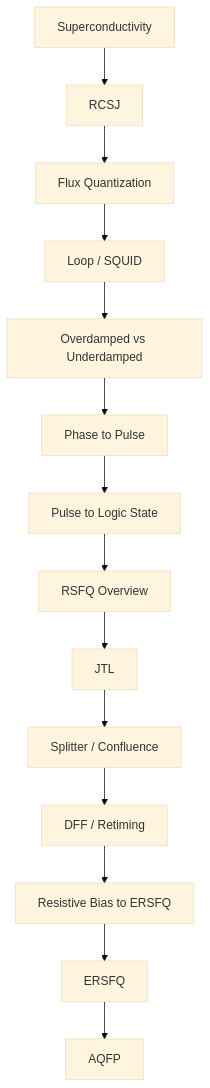
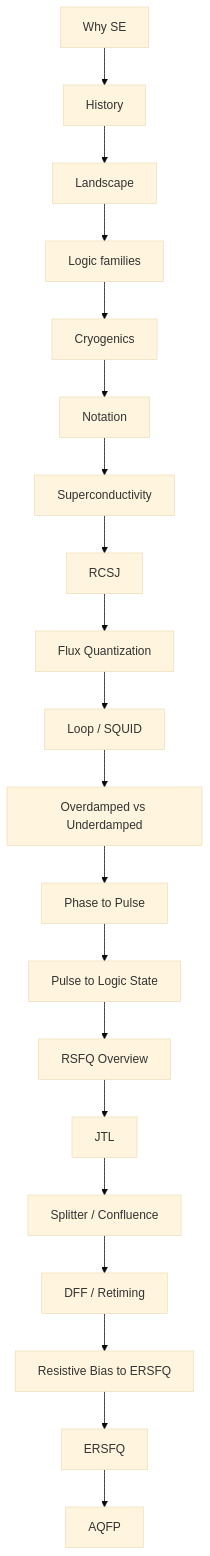
The diagram in docs/tracks/sfq-logic-primitives/ROADMAP.md (Single-Flux-Quantum/sfq-learn-public), drawn with Mermaid (base theme) before and after one commit. The commit also changed other lines of this file and 10 other files, not shown here.

````diff
--- a/docs/tracks/sfq-logic-primitives/ROADMAP.md
+++ b/docs/tracks/sfq-logic-primitives/ROADMAP.md
@@ -10,16 +10,22 @@
 ```mermaid
 graph TD
-    F0[Superconductivity] --> F1[RCSJ]
+    O1[Why SE] --> O2[History]
+    O2 --> O3[Landscape]
+    O3 --> O4[Logic families]
+    O4 --> O5[Cryogenics]
+    O5 --> N0[Notation]
+    N0 --> F0[Superconductivity]
+    F0 --> F1[RCSJ]
     F1 --> F2[Flux Quantization]
     F2 --> F3[Loop / SQUID]
     F3 --> F4[Overdamped vs Underdamped]
     F4 --> B1[Phase to Pulse]
     B1 --> B2[Pulse to Logic State]
     B2 --> C0[RSFQ Overview]
     C0 --> C1[JTL]
     C1 --> C2[Splitter / Confluence]
     C2 --> C3[DFF / Retiming]
     C3 --> B4[Resistive Bias to ERSFQ]
     B4 --> C4[ERSFQ]
     C4 --> C5[AQFP]
 ```
````
